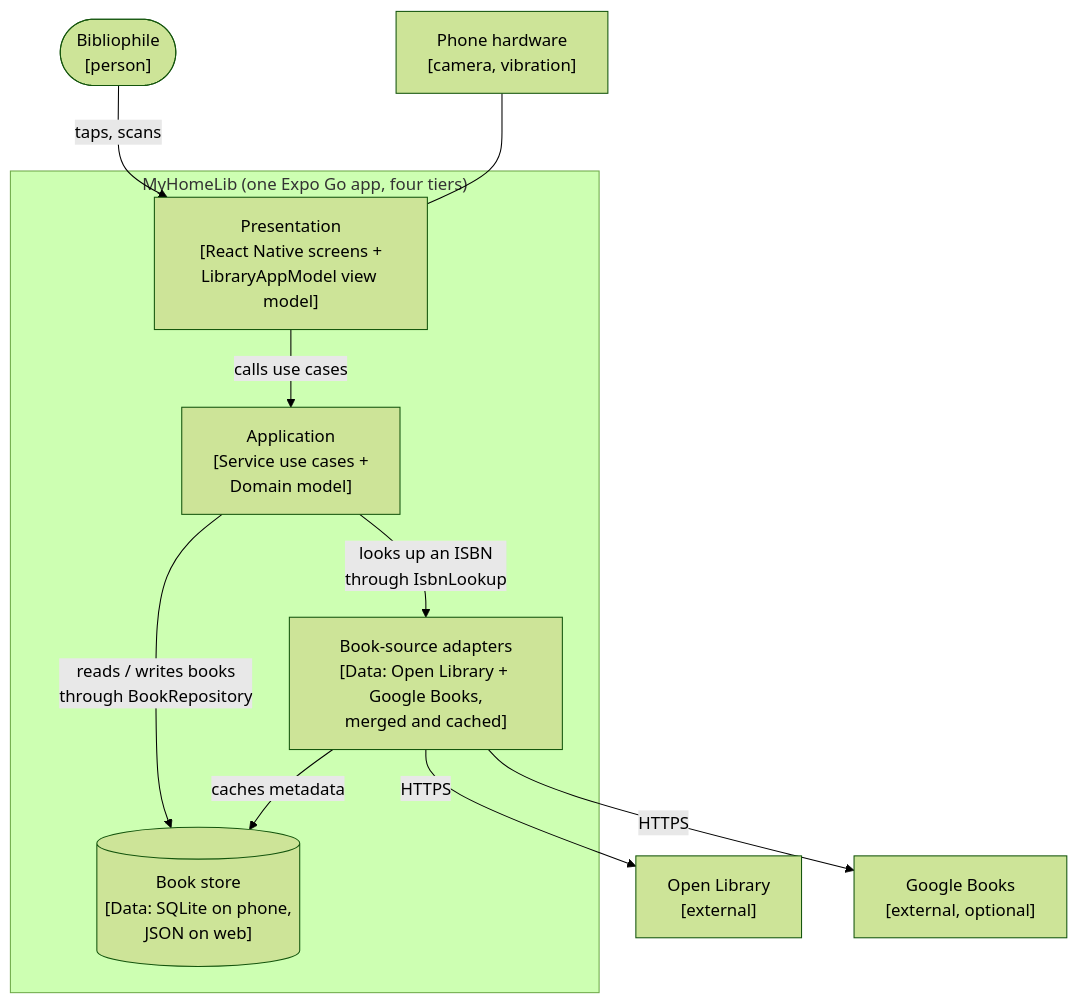
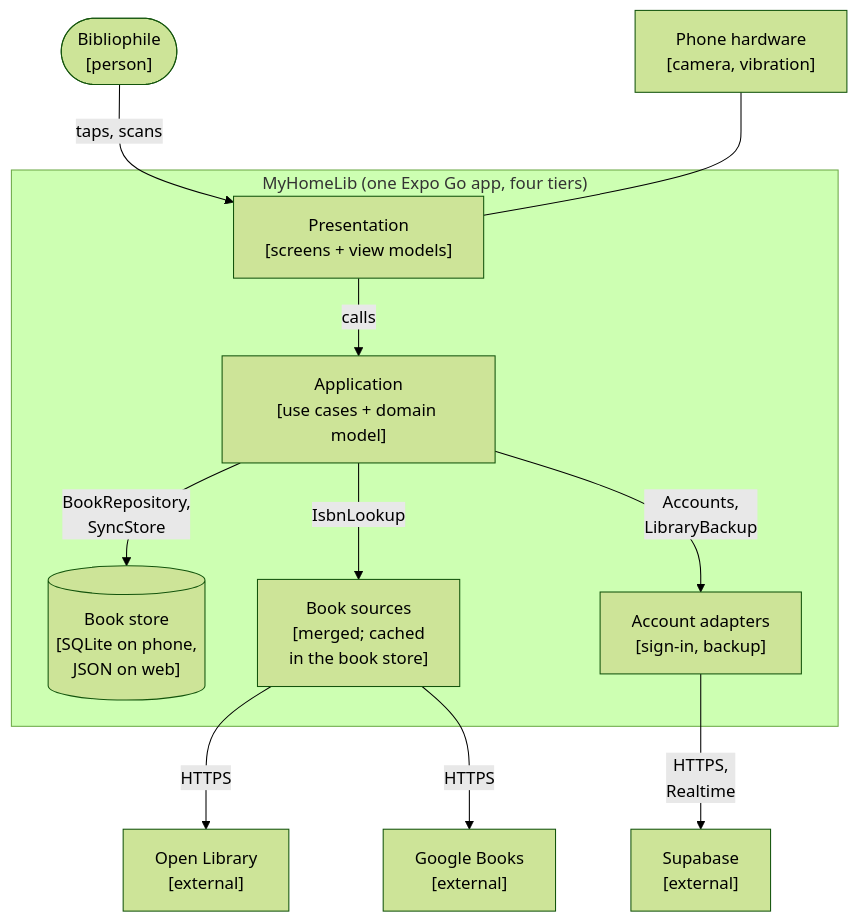
Before and after one commit to ghechavarria/cen5064-project-hechavarria: the diagram in docs/design/diagrams/system-overview.mmd, drawn with Mermaid (forest theme). The commit also changed 23 other files, not shown here.

First line of the commit message:
Diagrams: feature 4 in the C4 and UML views, every figure at 7pt or larger

```diff
--- a/docs/design/diagrams/system-overview.mmd
+++ b/docs/design/diagrams/system-overview.mmd
@@ -1,15 +1,17 @@
 flowchart TB
     user(["Bibliophile<br/>[person]"]) -->|taps, scans| ui
+    device["Phone hardware<br/>[camera, vibration]"] --- ui
     subgraph MyHomeLib ["MyHomeLib (one Expo Go app, four tiers)"]
-        ui["Presentation<br/>[React Native screens +<br/>LibraryAppModel view model]"]
-        app["Application<br/>[Service use cases +<br/>Domain model]"]
-        db[("Book store<br/>[Data: SQLite on phone,<br/>JSON on web]")]
-        lookup["Book-source adapters<br/>[Data: Open Library + Google Books,<br/>merged and cached]"]
-        ui -->|calls use cases| app
-        app -->|reads / writes books<br/>through BookRepository| db
-        app -->|looks up an ISBN<br/>through IsbnLookup| lookup
-        lookup -->|caches metadata| db
+        ui["Presentation<br/>[screens + view models]"]
+        app["Application<br/>[use cases + domain model]"]
+        db[("Book store<br/>[SQLite on phone,<br/>JSON on web]")]
+        lookup["Book sources<br/>[merged; cached<br/>in the book store]"]
+        accounts["Account adapters<br/>[sign-in, backup]"]
+        ui -->|calls| app
+        app -->|BookRepository,<br/>SyncStore| db
+        app -->|IsbnLookup| lookup
+        app -->|Accounts,<br/>LibraryBackup| accounts
     end
     lookup -->|HTTPS| openLibrary["Open Library<br/>[external]"]
-    lookup -->|HTTPS| google["Google Books<br/>[external, optional]"]
-    device["Phone hardware<br/>[camera, vibration]"] --- ui
+    lookup -->|HTTPS| google["Google Books<br/>[external]"]
+    accounts -->|HTTPS,<br/>Realtime| supabase["Supabase<br/>[external]"]
```
